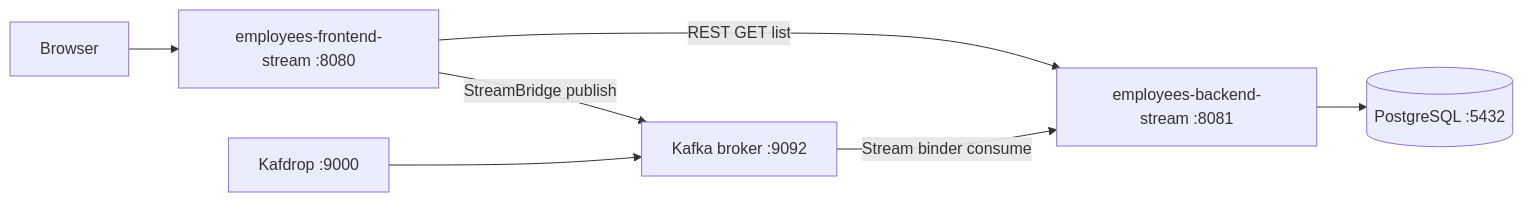
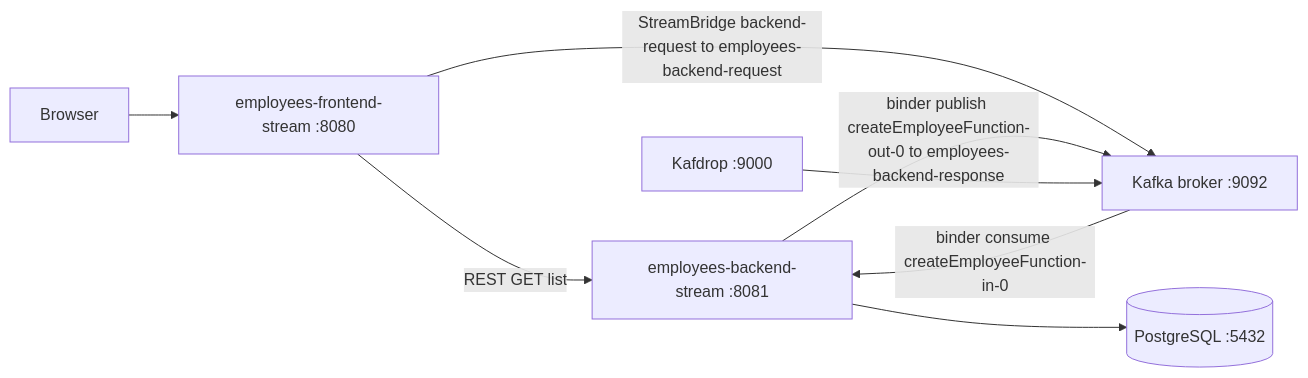
Before and after one commit to CSonTi04/javax-sc-2026-05-06: the third of 9 diagrams in README.md, drawn with Mermaid. The commit also changed other lines of this file, not shown here.

Commit message:
feat: update README to include Stream plus Avro pair and clarify Kafka interactions

````diff
--- a/README.md
+++ b/README.md
@@ -87,9 +88,10 @@
 ```mermaid
 flowchart LR
     Browser[Browser] --> FES["employees-frontend-stream :8080"]
     FES -->|REST GET list| BES["employees-backend-stream :8081"]
-    FES -->|StreamBridge publish| Kafka["Kafka broker :9092"]
-    Kafka -->|Stream binder consume| BES
+    FES -->|StreamBridge backend-request to employees-backend-request| Kafka["Kafka broker :9092"]
+    Kafka -->|binder consume createEmployeeFunction-in-0| BES
+    BES -->|binder publish createEmployeeFunction-out-0 to employees-backend-response| Kafka
     BES --> PG[(PostgreSQL :5432)]
     Kafdrop["Kafdrop :9000"] --> Kafka
 ```
````
